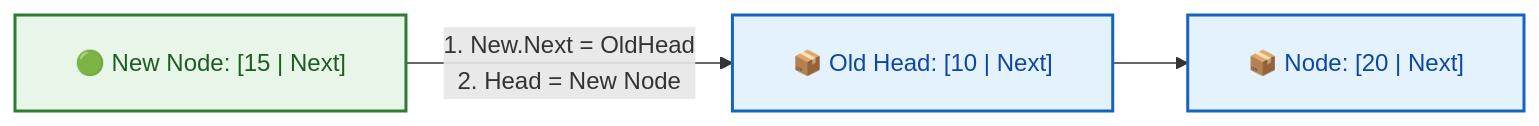
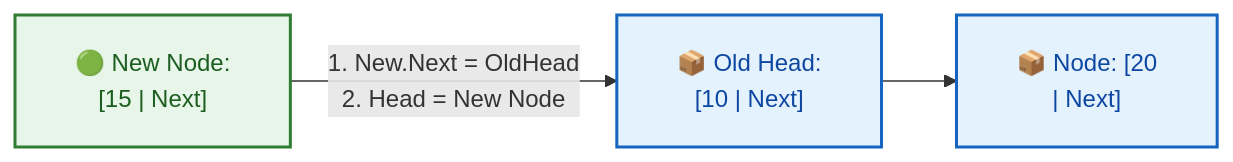
Before and after one commit to dip4k/DSA_102: the third of 5 diagrams in week_02_foundations_ii_linear_data_structures/Week_02_Visual_Concepts_Playbook_HYBRID.md, drawn with Mermaid. The commit also changed other lines of this file and 106 other files, not shown here.

First line of the commit message:
fix(mermaid): prevent text clipping with foreignObject overflow and tighter line wrapping

````diff
--- a/week_02_foundations_ii_linear_data_structures/Week_02_Visual_Concepts_Playbook_HYBRID.md
+++ b/week_02_foundations_ii_linear_data_structures/Week_02_Visual_Concepts_Playbook_HYBRID.md
@@ -203,13 +203,13 @@
 ```mermaid
-%%{init: {"flowchart": {"htmlLabels": true, "padding": 20}}}%%
+%%{init: {"flowchart": {"htmlLabels": true, "padding": 20}, "themeCSS": "foreignObject { overflow: visible !important; }"}}%%
 flowchart LR
     classDef newHead fill:#e8f5e9,stroke:#2e7d32,stroke-width:2px,color:#1b5e20
     classDef existing fill:#e3f2fd,stroke:#1565c0,stroke-width:2px,color:#0d47a1
 
-    New["🟢 New Node: [15 | Next]"]:::newHead
-    OldH["📦 Old Head: [10 | Next]"]:::existing
-    N2["📦 Node: [20 | Next]"]:::existing
+    New["🟢 New Node:<br/>[15 | Next]"]:::newHead
+    OldH["📦 Old Head:<br/>[10 | Next]"]:::existing
+    N2["📦 Node: [20<br/>| Next]"]:::existing
 
     New -->|"1. New.Next = OldHead<br/>2. Head = New Node"| OldH
     OldH --> N2
 ```
````
